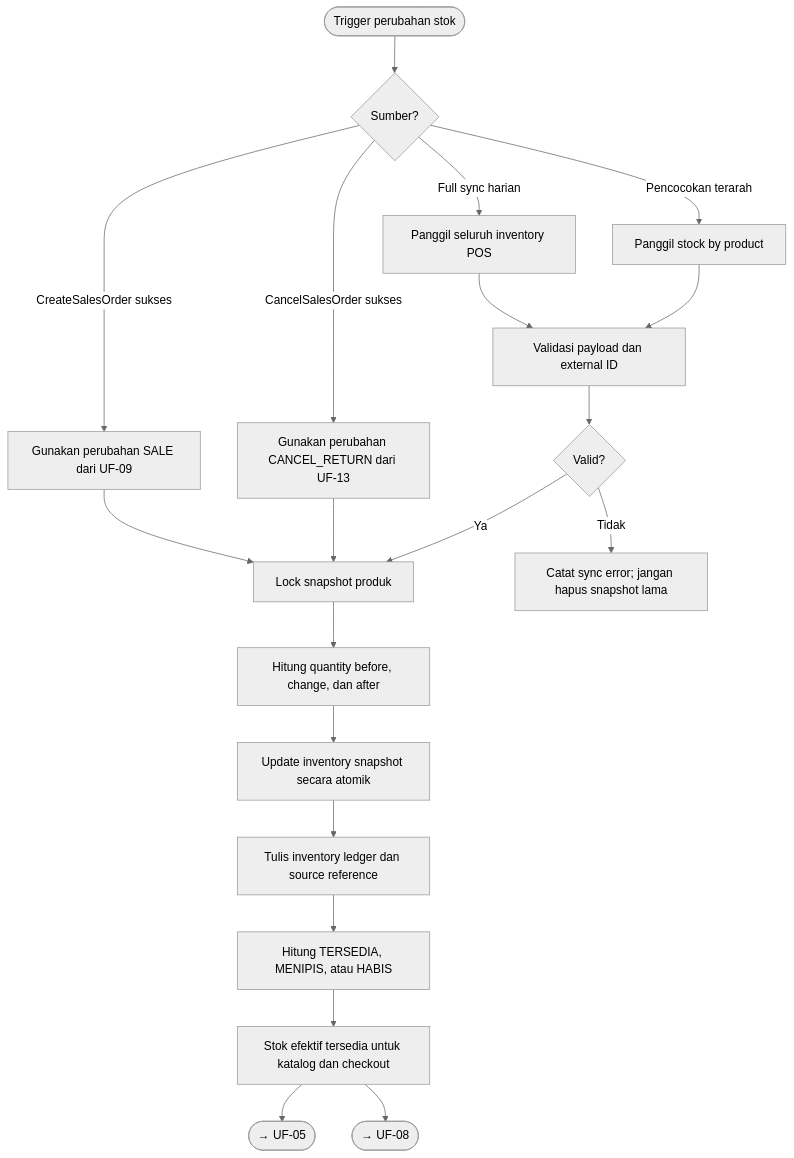
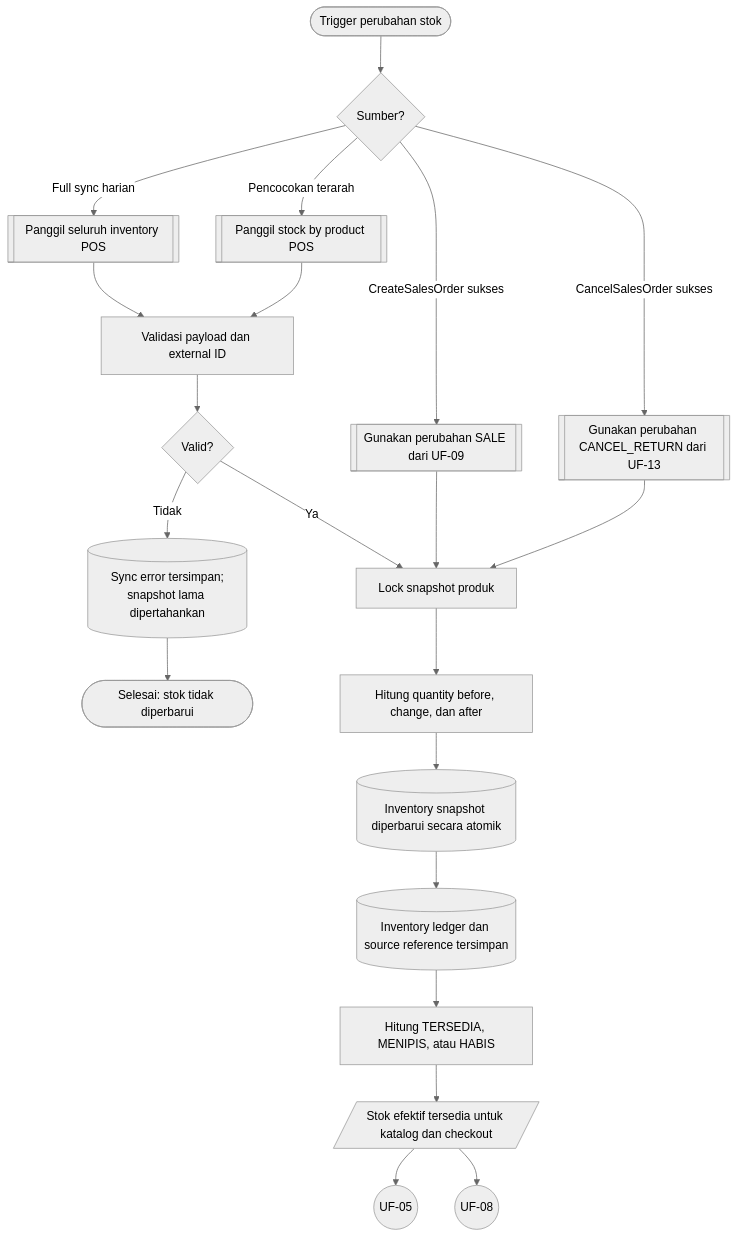
Diagram 15 of 18 in docs/design/USER_FLOWS.md (Webekspres/pixel-komunika), drawn with Mermaid (neutral theme) before and after one commit. The commit also changed other lines of this file, not shown here.

Commit message:
docs: standardize user flow notation

````diff
--- a/docs/design/USER_FLOWS.md
+++ b/docs/design/USER_FLOWS.md
@@ -460,25 +498,26 @@
 ```mermaid
 flowchart TD
-    A([Trigger perubahan stok]) --> B{"Sumber?"}
-    B -->|Full sync harian| C["Panggil seluruh inventory POS"]
-    B -->|Pencocokan terarah| D["Panggil stock by product"]
-    B -->|CreateSalesOrder sukses| E["Gunakan perubahan SALE dari UF-09"]
-    B -->|CancelSalesOrder sukses| F["Gunakan perubahan CANCEL_RETURN dari UF-13"]
+    A(["Trigger perubahan stok"]) --> B{"Sumber?"}
+    B -->|Full sync harian| C[["Panggil seluruh inventory POS"]]
+    B -->|Pencocokan terarah| D[["Panggil stock by product POS"]]
+    B -->|CreateSalesOrder sukses| E[["Gunakan perubahan SALE dari UF-09"]]
+    B -->|CancelSalesOrder sukses| F[["Gunakan perubahan CANCEL_RETURN dari UF-13"]]
     C --> G["Validasi payload dan external ID"]
     D --> G
     E --> H["Lock snapshot produk"]
     F --> H
     G --> I{"Valid?"}
-    I -->|Tidak| J["Catat sync error; jangan hapus snapshot lama"]
+    I -->|Tidak| J[("Sync error tersimpan;<br/>snapshot lama dipertahankan")]
+    J --> J1(["Selesai: stok tidak diperbarui"])
     I -->|Ya| H
     H --> K["Hitung quantity before, change, dan after"]
-    K --> L["Update inventory snapshot secara atomik"]
-    L --> M["Tulis inventory ledger dan source reference"]
+    K --> L[("Inventory snapshot diperbarui secara atomik")]
+    L --> M[("Inventory ledger dan source reference tersimpan")]
     M --> N["Hitung TERSEDIA, MENIPIS, atau HABIS"]
-    N --> O["Stok efektif tersedia untuk katalog dan checkout"]
-    O --> C_UF05(["→ UF-05"])
-    O --> C_UF08(["→ UF-08"])
+    N --> O[/"Stok efektif tersedia untuk katalog dan checkout"/]
+    O --> C_UF05((UF-05))
+    O --> C_UF08((UF-08))
 
     click C_UF05 "#uf-05-detail-produk-dan-cart"
     click C_UF08 "#uf-08-validasi-checkout"
 ```
````
